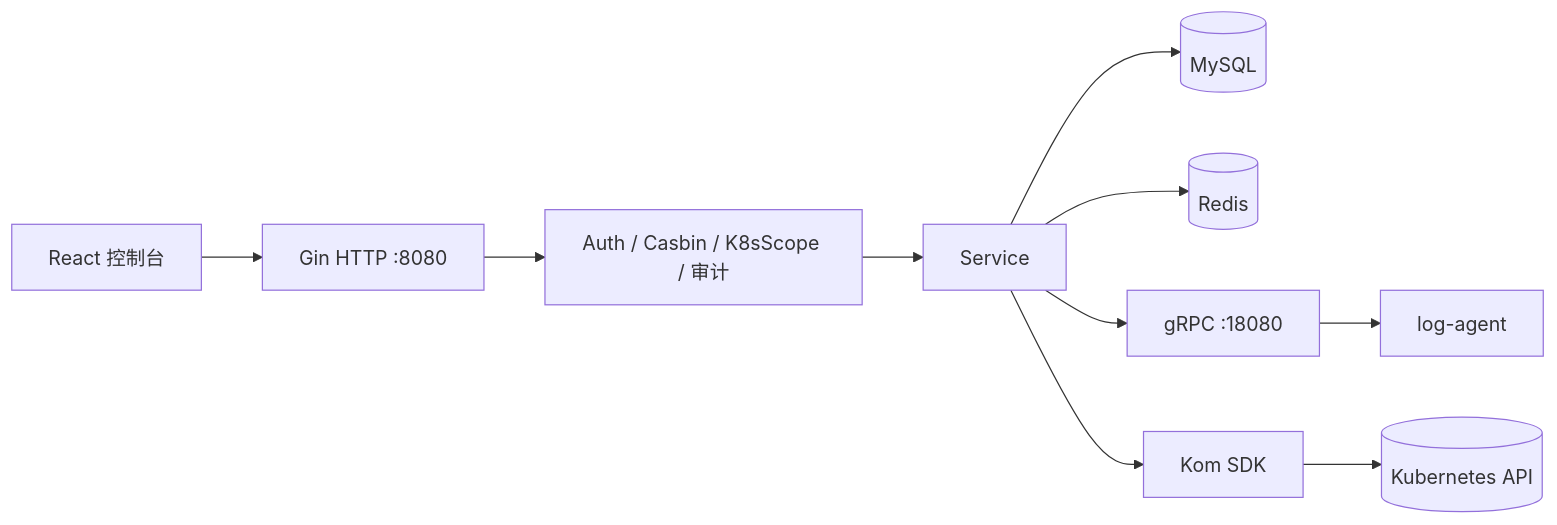
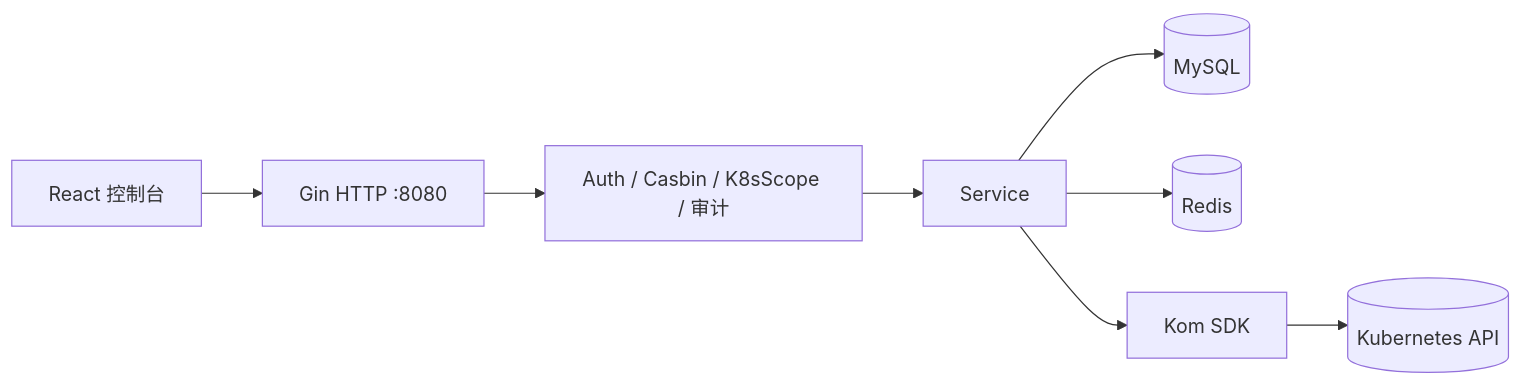
Before and after one commit to AshesToVow/yunshu: the second of 3 diagrams in README.md, drawn with Mermaid. The commit also changed other lines of this file and 152 other files, not shown here.

````diff
--- a/README.md
+++ b/README.md
@@ -168,12 +168,10 @@
 ```mermaid
 flowchart LR
   FE[React 控制台] --> API[Gin HTTP :8080]
   API --> MW[Auth / Casbin / K8sScope / 审计]
   MW --> SVC[Service]
   SVC --> DB[(MySQL)]
   SVC --> RD[(Redis)]
-  SVC --> GRPC[gRPC :18080]
-  GRPC --> AGENT[log-agent]
   SVC --> KOM[Kom SDK]
   KOM --> K8S[(Kubernetes API)]
 ```
````
